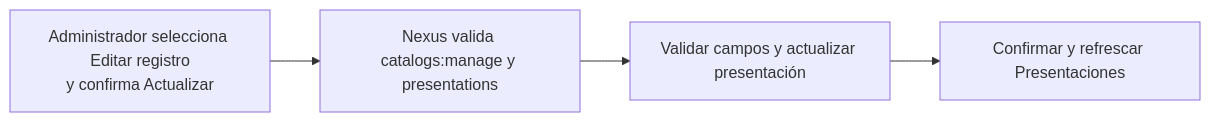
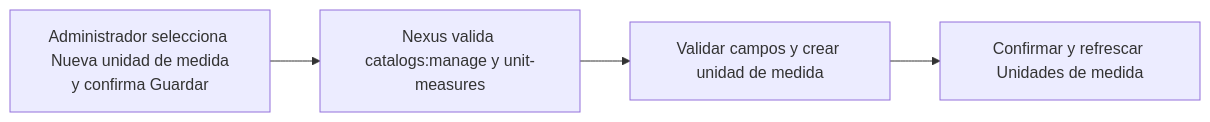
One commit to gpgsistemas01/nexus changed the diagram in docs/requirements/diagrams/catalogs/cu-cat-35.md. Above: the diagram before and after it, drawn with Mermaid. The commit also changed other lines of this file and 207 other files, not shown here.

````diff
--- a/docs/requirements/diagrams/catalogs/cu-cat-35.md
+++ b/docs/requirements/diagrams/catalogs/cu-cat-35.md
@@ -3,6 +3,6 @@
 ```mermaid
 flowchart LR
-    request["Administrador selecciona Editar registro<br/>y confirma Actualizar"] --> authorize["Nexus valida catalogs:manage y presentations"]
-    authorize --> persist["Validar campos y actualizar presentación"]
-    persist --> result["Confirmar y refrescar Presentaciones"]
+    request["Administrador selecciona Nueva unidad de medida<br/>y confirma Guardar"] --> authorize["Nexus valida catalogs:manage y unit-measures"]
+    authorize --> persist["Validar campos y crear unidad de medida"]
+    persist --> result["Confirmar y refrescar Unidades de medida"]
 ```
````
